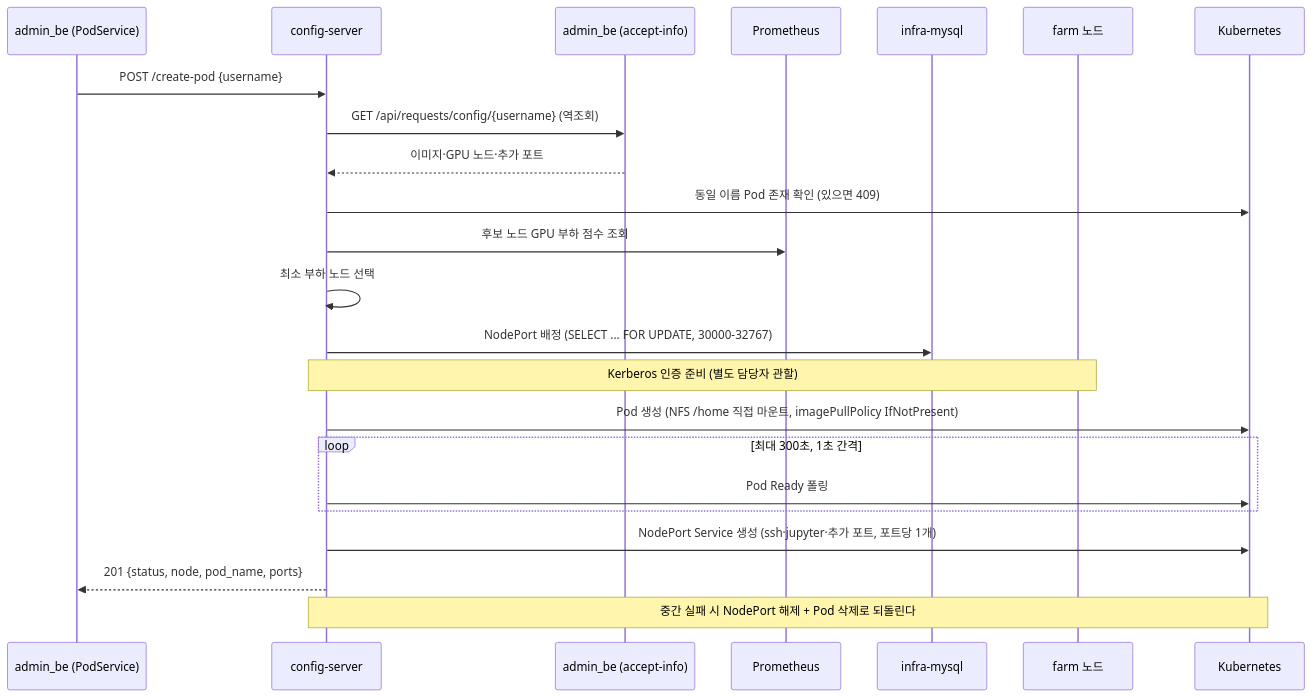
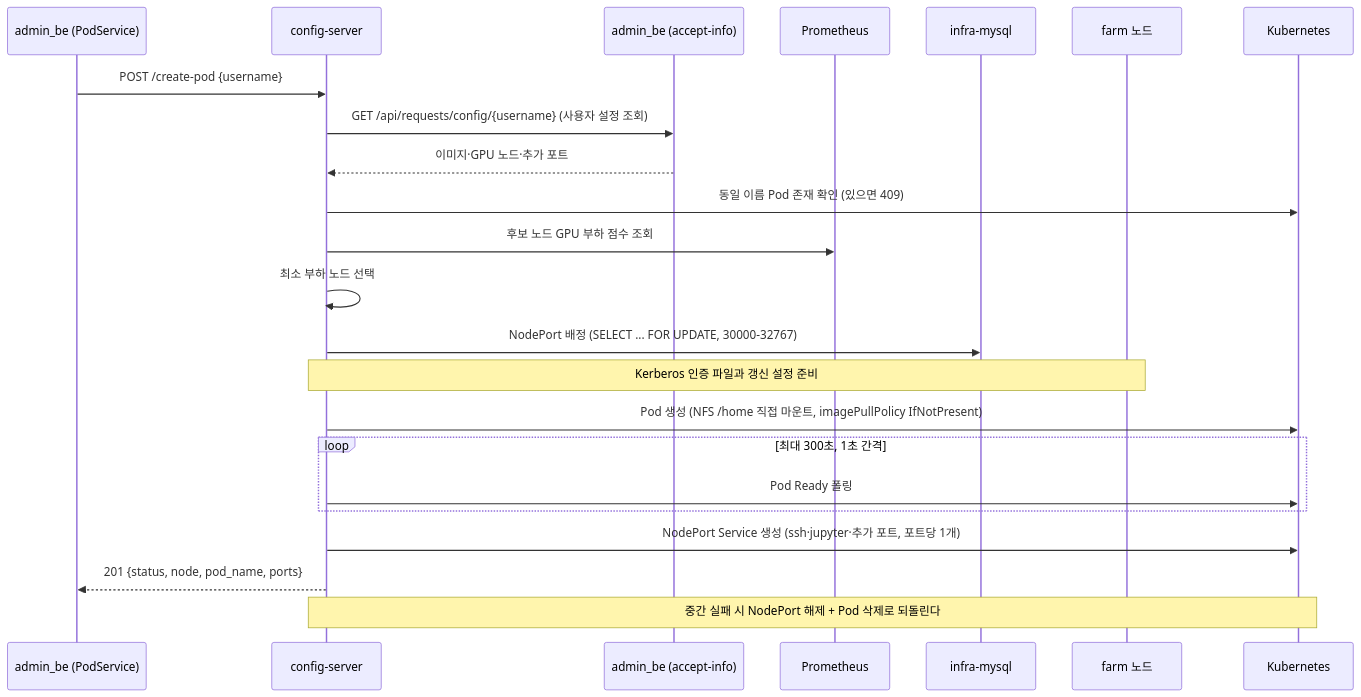
The first of 2 diagrams in md/infra/operations/API-레퍼런스.md (CSID-DGU/admin_wiki), drawn with Mermaid before and after one commit. The commit also changed other lines of this file and 13 other files, not shown here.

````diff
--- a/md/infra/operations/API-레퍼런스.md
+++ b/md/infra/operations/API-레퍼런스.md
@@ -81,26 +81,26 @@
 ```mermaid
 sequenceDiagram
     participant BE as admin_be (PodService)
     participant CS as config-server
     participant WAS as admin_be (accept-info)
     participant PROM as Prometheus
     participant DB as infra-mysql
     participant FARM as farm 노드
     participant K as Kubernetes
 
     BE->>CS: POST /create-pod {username}
-    CS->>WAS: GET /api/requests/config/{username} (역조회)
+    CS->>WAS: GET /api/requests/config/{username} (사용자 설정 조회)
     WAS-->>CS: 이미지·GPU 노드·추가 포트
     CS->>K: 동일 이름 Pod 존재 확인 (있으면 409)
     CS->>PROM: 후보 노드 GPU 부하 점수 조회
     CS->>CS: 최소 부하 노드 선택
     CS->>DB: NodePort 배정 (SELECT ... FOR UPDATE, 30000-32767)
-    Note over CS,FARM: Kerberos 인증 준비 (별도 담당자 관할)
+    Note over CS,FARM: Kerberos 인증 파일과 갱신 설정 준비
     CS->>K: Pod 생성 (NFS /home 직접 마운트, imagePullPolicy IfNotPresent)
     loop 최대 300초, 1초 간격
         CS->>K: Pod Ready 폴링
     end
     CS->>K: NodePort Service 생성 (ssh·jupyter·추가 포트, 포트당 1개)
     CS-->>BE: 201 {status, node, pod_name, ports}
     Note over CS,K: 중간 실패 시 NodePort 해제 + Pod 삭제로 되돌린다
 ```
````
